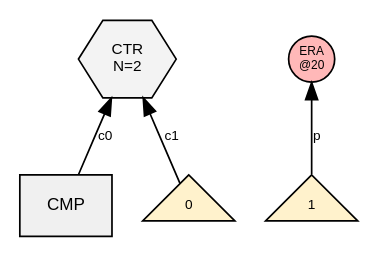
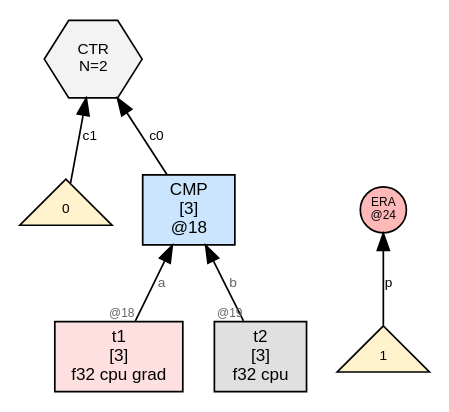
One commit to sw1sh/TinyHVM changed the diagram in wl/examples/thvm_graphs/grad_rules/cmp/thvm_1_post_reduce.dot. Above: the diagram before and after it, drawn with Graphviz. The commit also changed 309 other files, not shown here.

First line of the commit message:
grad: CTR at step 0; no external DUP; Leibniz visible in step 1

```diff
--- a/wl/examples/thvm_graphs/grad_rules/cmp/thvm_1_post_reduce.dot
+++ b/wl/examples/thvm_graphs/grad_rules/cmp/thvm_1_post_reduce.dot
@@ -1,14 +1,18 @@
 digraph G {
   rankdir=BT;
   node [fontname="Helvetica", fontsize=10, style=filled, shape=box, margin="0.1,0.05"];
   edge [fontsize=8, fontname="Helvetica"];
 
-  ctr21 [label="CTR\nN=2", shape=hexagon, fillcolor="#f3f3f3", fontsize=9];
-  n16 [label="CMP", shape=box, fillcolor="#f0f0f0"];
-  n16 -> ctr21 [label="c0"];
-  num_ctr21_22 [label="0",shape=triangle,fillcolor="#fff2cc",fontsize=8];
-  num_ctr21_22 -> ctr21 [label="c1"];
-  era20 [label="ERA\n@20",shape=circle,width=0.38,height=0.38,fixedsize=true,fillcolor="#ffb8b8",fontsize=7];
-  num_era20 [label="1",shape=triangle,fillcolor="#fff2cc",fontsize=8];
-  num_era20 -> era20 [label="p"];
+  n18 [label="CMP\n[3]\n@18", shape=box, fillcolor="#cce5ff"];
+  t1 [label="t1\n[3]\nf32 cpu grad",shape=box,fillcolor="#ffe0e0"];
+  t1 -> n18 [label="a",taillabel="@18",labelfontsize=7,fontcolor="#666666"];
+  t2 [label="t2\n[3]\nf32 cpu",shape=box,fillcolor="#e0e0e0"];
+  t2 -> n18 [label="b",taillabel="@19",labelfontsize=7,fontcolor="#666666"];
+  ctr16 [label="CTR\nN=2", shape=hexagon, fillcolor="#f3f3f3", fontsize=9];
+  n18 -> ctr16 [label="c0"];
+  num_ctr16_17 [label="0",shape=triangle,fillcolor="#fff2cc",fontsize=8];
+  num_ctr16_17 -> ctr16 [label="c1"];
+  era24 [label="ERA\n@24",shape=circle,width=0.38,height=0.38,fixedsize=true,fillcolor="#ffb8b8",fontsize=7];
+  num_era24 [label="1",shape=triangle,fillcolor="#fff2cc",fontsize=8];
+  num_era24 -> era24 [label="p"];
 }
```
